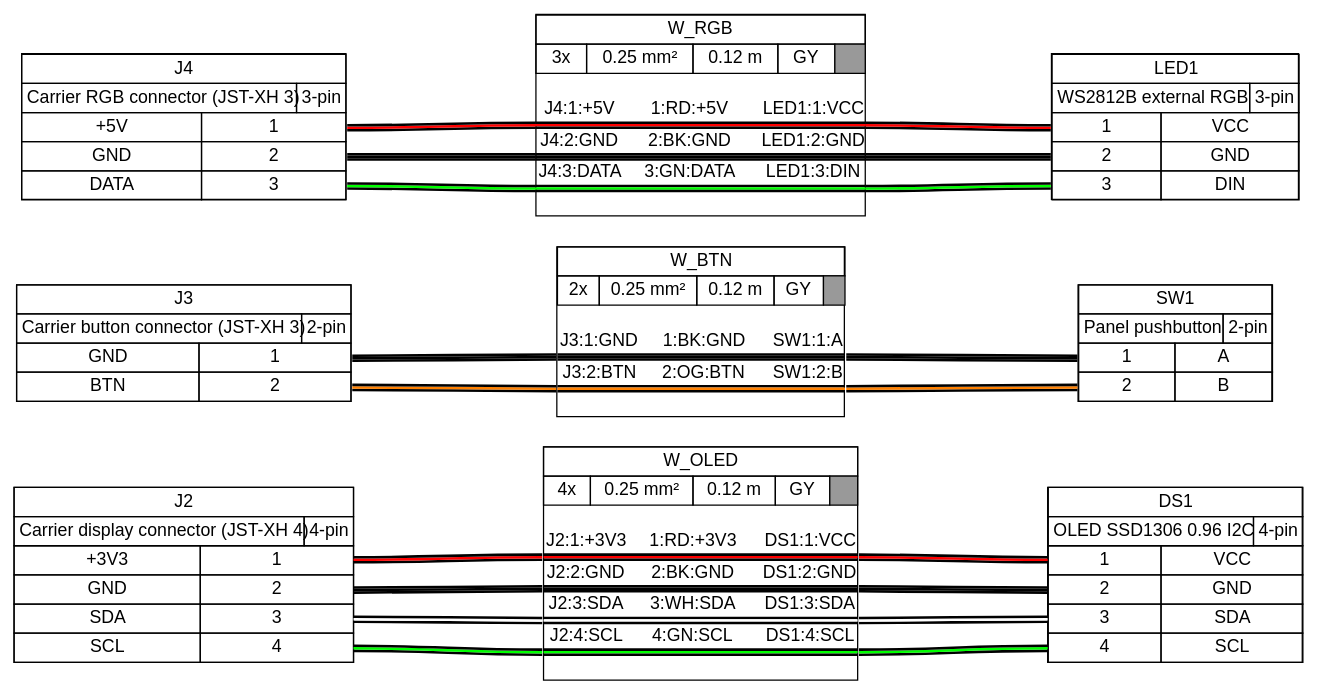
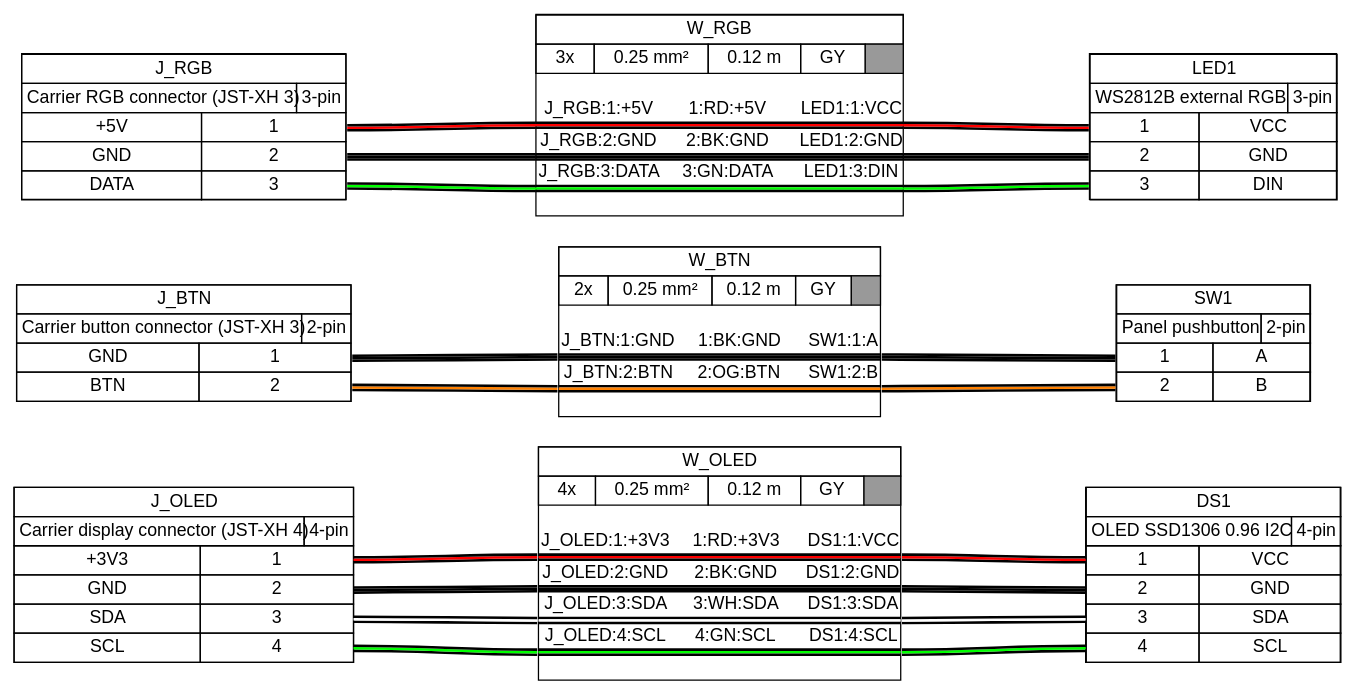
Before and after one commit to jefryprr/smart-plug-project: the diagram in hardware/wiring/renders/display_harness.gv, drawn with Graphviz. The commit also changed 187 other files, not shown here.

```diff
--- a/hardware/wiring/renders/display_harness.gv
+++ b/hardware/wiring/renders/display_harness.gv
@@ -4,11 +4,11 @@
 	graph [bgcolor="#FFFFFF" fontname=arial nodesep=0.33 rankdir=LR ranksep=2]
 	node [fillcolor="#FFFFFF" fontname=arial height=0 margin=0 shape=none style=filled width=0]
 	edge [fontname=arial style=bold]
-	J2 [label=<
+	J_OLED [label=<
 <table border="0" cellspacing="0" cellpadding="0">
  <tr><td>
   <table border="0" cellspacing="0" cellpadding="3" cellborder="1"><tr>
-   <td balign="left">J2</td>
+   <td balign="left">J_OLED</td>
   </tr></table>
  </td></tr>
  <tr><td>
@@ -74,11 +74,11 @@
  </td></tr>
 </table>
 > fillcolor="#FFFFFF" shape=box style=filled]
-	J3 [label=<
+	J_BTN [label=<
 <table border="0" cellspacing="0" cellpadding="0">
  <tr><td>
   <table border="0" cellspacing="0" cellpadding="3" cellborder="1"><tr>
-   <td balign="left">J3</td>
+   <td balign="left">J_BTN</td>
   </tr></table>
  </td></tr>
  <tr><td>
@@ -128,11 +128,11 @@
  </td></tr>
 </table>
 > fillcolor="#FFFFFF" shape=box style=filled]
-	J4 [label=<
+	J_RGB [label=<
 <table border="0" cellspacing="0" cellpadding="0">
  <tr><td>
   <table border="0" cellspacing="0" cellpadding="3" cellborder="1"><tr>
-   <td balign="left">J4</td>
+   <td balign="left">J_RGB</td>
   </tr></table>
  </td></tr>
  <tr><td>
@@ -191,16 +191,16 @@
 </table>
 > fillcolor="#FFFFFF" shape=box style=filled]
 	edge [color="#000000:#ff0000:#000000"]
-	J2:p1r:e -- W_OLED:w1:w
+	J_OLED:p1r:e -- W_OLED:w1:w
 	W_OLED:w1:e -- DS1:p1l:w
 	edge [color="#000000:#000000:#000000"]
-	J2:p2r:e -- W_OLED:w2:w
+	J_OLED:p2r:e -- W_OLED:w2:w
 	W_OLED:w2:e -- DS1:p2l:w
 	edge [color="#000000:#ffffff:#000000"]
-	J2:p3r:e -- W_OLED:w3:w
+	J_OLED:p3r:e -- W_OLED:w3:w
 	W_OLED:w3:e -- DS1:p3l:w
 	edge [color="#000000:#00ff00:#000000"]
-	J2:p4r:e -- W_OLED:w4:w
+	J_OLED:p4r:e -- W_OLED:w4:w
 	W_OLED:w4:e -- DS1:p4l:w
 	W_OLED [label=<
 <table border="0" cellspacing="0" cellpadding="0">
@@ -222,7 +222,7 @@
   <table border="0" cellspacing="0" cellborder="0">
    <tr><td>&nbsp;</td></tr>
    <tr>
-    <td>J2:1:+3V3</td>
+    <td>J_OLED:1:+3V3</td>
     <td>
      1:RD:+3V3
     </td>
@@ -238,7 +238,7 @@
     </td>
    </tr>
    <tr>
-    <td>J2:2:GND</td>
+    <td>J_OLED:2:GND</td>
     <td>
      2:BK:GND
     </td>
@@ -254,7 +254,7 @@
     </td>
    </tr>
    <tr>
-    <td>J2:3:SDA</td>
+    <td>J_OLED:3:SDA</td>
     <td>
      3:WH:SDA
     </td>
@@ -270,7 +270,7 @@
     </td>
    </tr>
    <tr>
-    <td>J2:4:SCL</td>
+    <td>J_OLED:4:SCL</td>
     <td>
      4:GN:SCL
     </td>
@@ -291,10 +291,10 @@
 </table>
 > fillcolor="#FFFFFF" shape=box style=filled]
 	edge [color="#000000:#000000:#000000"]
-	J3:p1r:e -- W_BTN:w1:w
+	J_BTN:p1r:e -- W_BTN:w1:w
 	W_BTN:w1:e -- SW1:p1l:w
 	edge [color="#000000:#ff8000:#000000"]
-	J3:p2r:e -- W_BTN:w2:w
+	J_BTN:p2r:e -- W_BTN:w2:w
 	W_BTN:w2:e -- SW1:p2l:w
 	W_BTN [label=<
 <table border="0" cellspacing="0" cellpadding="0">
@@ -316,7 +316,7 @@
   <table border="0" cellspacing="0" cellborder="0">
    <tr><td>&nbsp;</td></tr>
    <tr>
-    <td>J3:1:GND</td>
+    <td>J_BTN:1:GND</td>
     <td>
      1:BK:GND
     </td>
@@ -332,7 +332,7 @@
     </td>
    </tr>
    <tr>
-    <td>J3:2:BTN</td>
+    <td>J_BTN:2:BTN</td>
     <td>
      2:OG:BTN
     </td>
@@ -353,13 +353,13 @@
 </table>
 > fillcolor="#FFFFFF" shape=box style=filled]
 	edge [color="#000000:#ff0000:#000000"]
-	J4:p1r:e -- W_RGB:w1:w
+	J_RGB:p1r:e -- W_RGB:w1:w
 	W_RGB:w1:e -- LED1:p1l:w
 	edge [color="#000000:#000000:#000000"]
-	J4:p2r:e -- W_RGB:w2:w
+	J_RGB:p2r:e -- W_RGB:w2:w
 	W_RGB:w2:e -- LED1:p2l:w
 	edge [color="#000000:#00ff00:#000000"]
-	J4:p3r:e -- W_RGB:w3:w
+	J_RGB:p3r:e -- W_RGB:w3:w
 	W_RGB:w3:e -- LED1:p3l:w
 	W_RGB [label=<
 <table border="0" cellspacing="0" cellpadding="0">
@@ -381,7 +381,7 @@
   <table border="0" cellspacing="0" cellborder="0">
    <tr><td>&nbsp;</td></tr>
    <tr>
-    <td>J4:1:+5V</td>
+    <td>J_RGB:1:+5V</td>
     <td>
      1:RD:+5V
     </td>
@@ -397,7 +397,7 @@
     </td>
    </tr>
    <tr>
-    <td>J4:2:GND</td>
+    <td>J_RGB:2:GND</td>
     <td>
      2:BK:GND
     </td>
@@ -413,7 +413,7 @@
     </td>
    </tr>
    <tr>
-    <td>J4:3:DATA</td>
+    <td>J_RGB:3:DATA</td>
     <td>
      3:GN:DATA
     </td>
```
